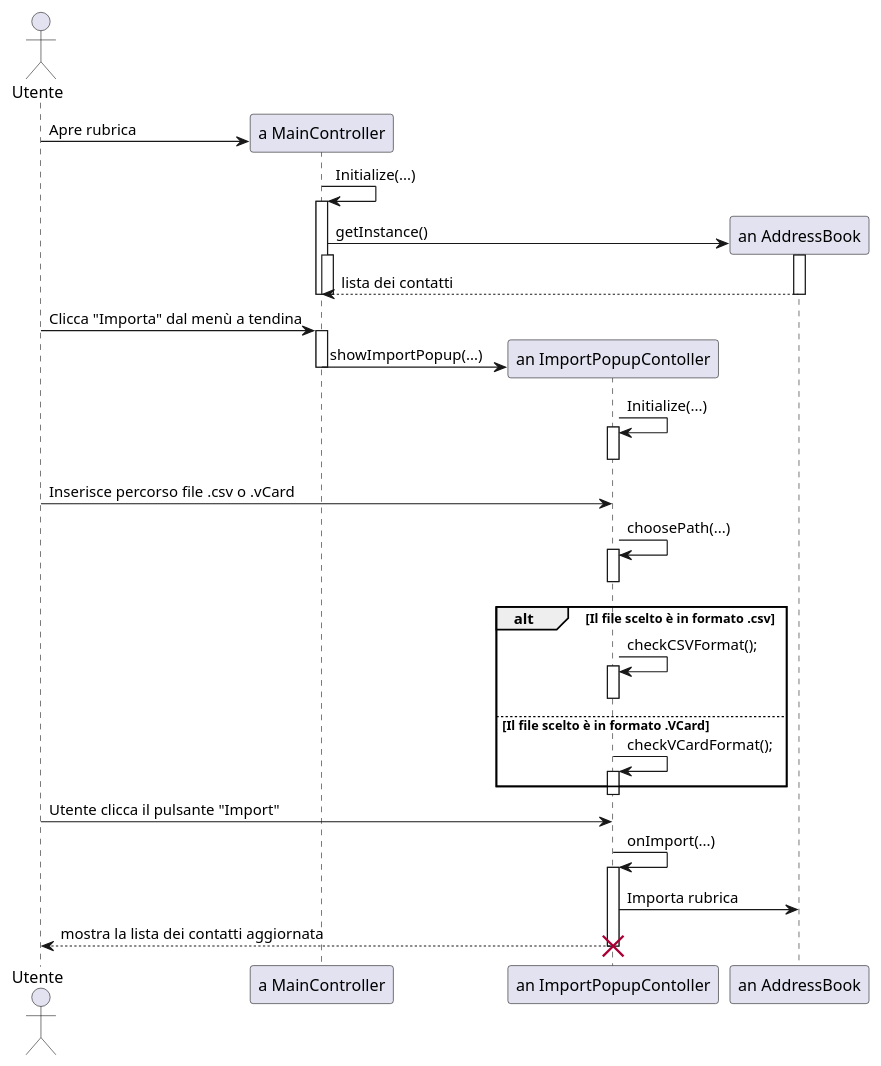
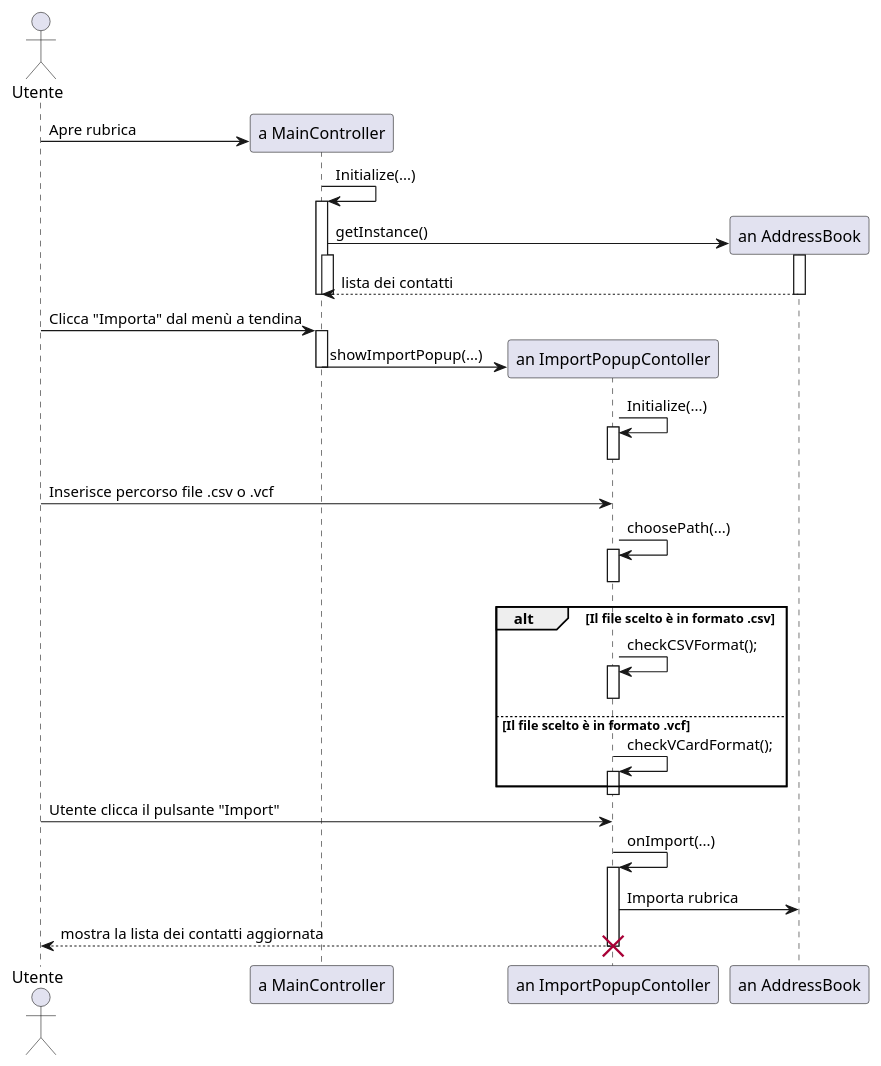
The diagram in documenti/diagrammi di sequenza/puml/diagrammaSequenzaC5ImportareRubrica.puml (savaava/ProgettoRubrica), drawn with PlantUML before and after one commit. The commit also changed 6 other files, not shown here.

```diff
--- a/documenti/diagrammi di sequenza/puml/diagrammaSequenzaC5ImportareRubrica.puml
+++ b/documenti/diagrammi di sequenza/puml/diagrammaSequenzaC5ImportareRubrica.puml
@@ -1,49 +1,49 @@
 @startuml Importare Rubrica
 
 actor Utente as u
 participant "a MainController" as mc
 participant "an ImportPopupContoller" as ipc
 participant "an AddressBook" as ab
 
 u -> mc ** : Apre rubrica
 mc -> mc : Initialize(...)
 activate mc
 
 mc -> ab ** : getInstance()
 activate ab
 activate mc
 ab --> mc : lista dei contatti
 deactivate mc
 deactivate ab
 deactivate mc
 
 u -> mc : Clicca "Importa" dal menù a tendina
 activate mc
 mc -> ipc ** : showImportPopup(...)
 deactivate mc
 ipc -> ipc : Initialize(...)
 activate ipc
 deactivate ipc
-u -> ipc : Inserisce percorso file .csv o .vCard
+u -> ipc : Inserisce percorso file .csv o .vcf
 ipc -> ipc : choosePath(...)
 activate ipc
 alt Il file scelto è in formato .csv
 deactivate ipc
 ipc -> ipc : checkCSVFormat();
 activate ipc
-else Il file scelto è in formato .VCard
+else Il file scelto è in formato .vcf
 deactivate ipc
 ipc -> ipc : checkVCardFormat();
 activate ipc
 
 end
 deactivate ipc
 u -> ipc : Utente clicca il pulsante "Import"
 ipc -> ipc : onImport(...)
 activate ipc
 ipc -> ab : Importa rubrica 
 ipc --> u : mostra la lista dei contatti aggiornata
 deactivate ipc
 destroy ipc
 
 @enduml
```
